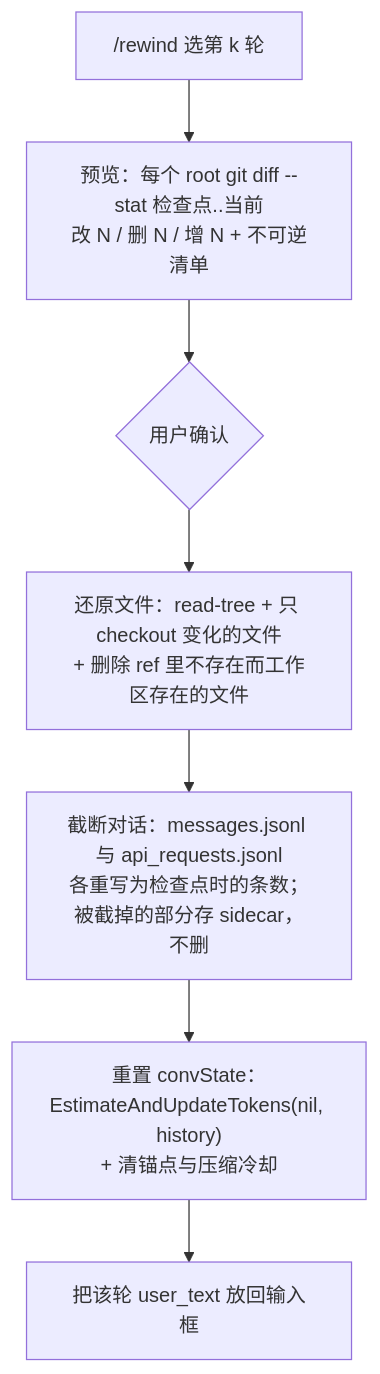
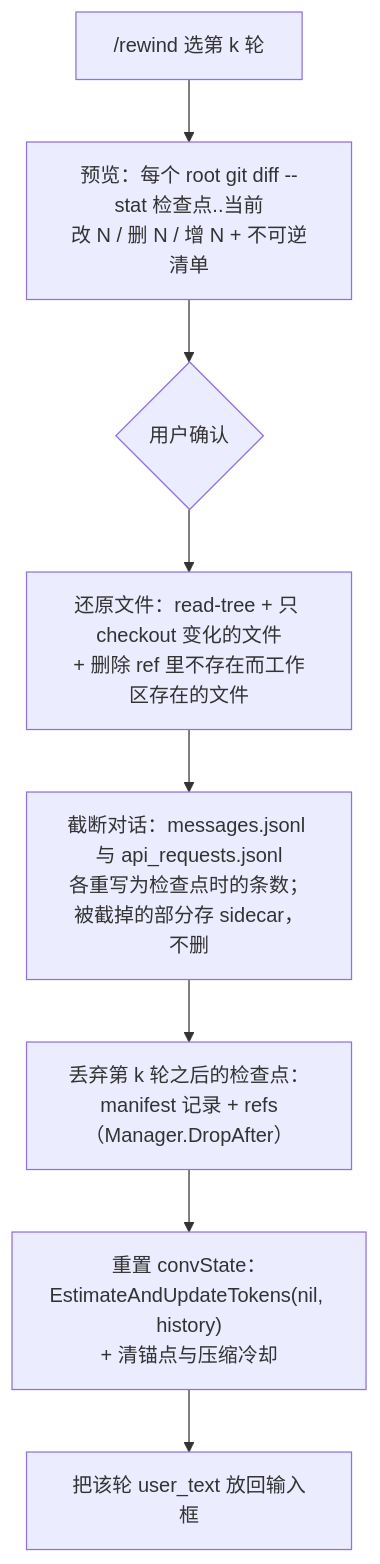
The diagram in docs/2026-09-14-session-checkpoint-rewind-design.md (monsterxx03/tachi), drawn with Mermaid before and after one commit. The commit also changed other lines of this file and 20 other files, not shown here.

````diff
--- a/docs/2026-09-14-session-checkpoint-rewind-design.md
+++ b/docs/2026-09-14-session-checkpoint-rewind-design.md
@@ -200,9 +247,10 @@
 ```mermaid
 flowchart TD
   R["/rewind 选第 k 轮"] --> P["预览：每个 root git diff --stat 检查点..当前<br/>改 N / 删 N / 增 N + 不可逆清单"]
   P --> C{"用户确认"}
   C --> F["还原文件：read-tree + 只 checkout 变化的文件<br/>+ 删除 ref 里不存在而工作区存在的文件"]
   F --> T["截断对话：messages.jsonl 与 api_requests.jsonl<br/>各重写为检查点时的条数；被截掉的部分存 sidecar，不删"]
-  T --> S["重置 convState：EstimateAndUpdateTokens(nil, history)<br/>+ 清锚点与压缩冷却"]
+  T --> D["丢弃第 k 轮之后的检查点：manifest 记录 + refs（Manager.DropAfter）"]
+  D --> S["重置 convState：EstimateAndUpdateTokens(nil, history)<br/>+ 清锚点与压缩冷却"]
   S --> E["把该轮 user_text 放回输入框"]
 ```
````
